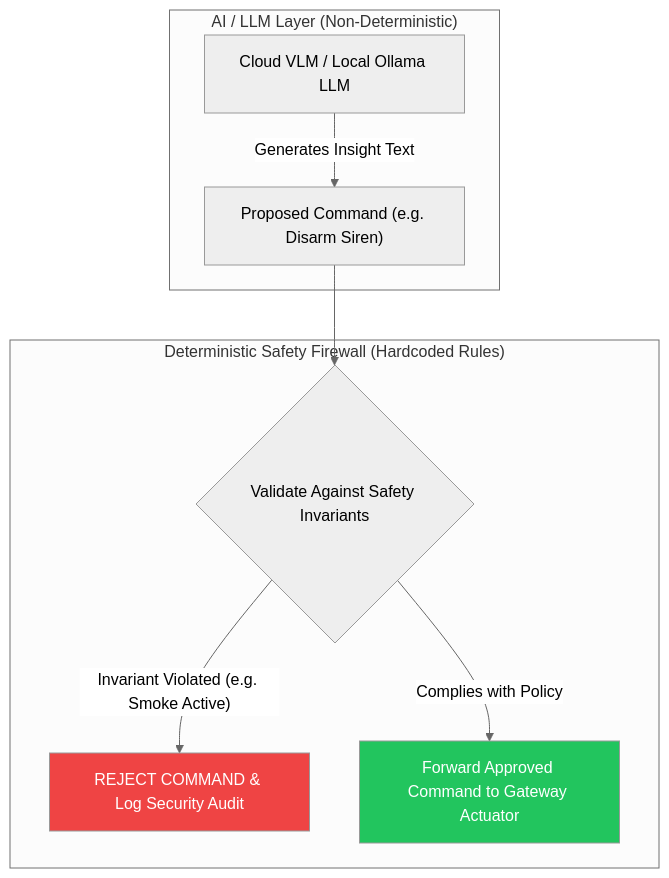
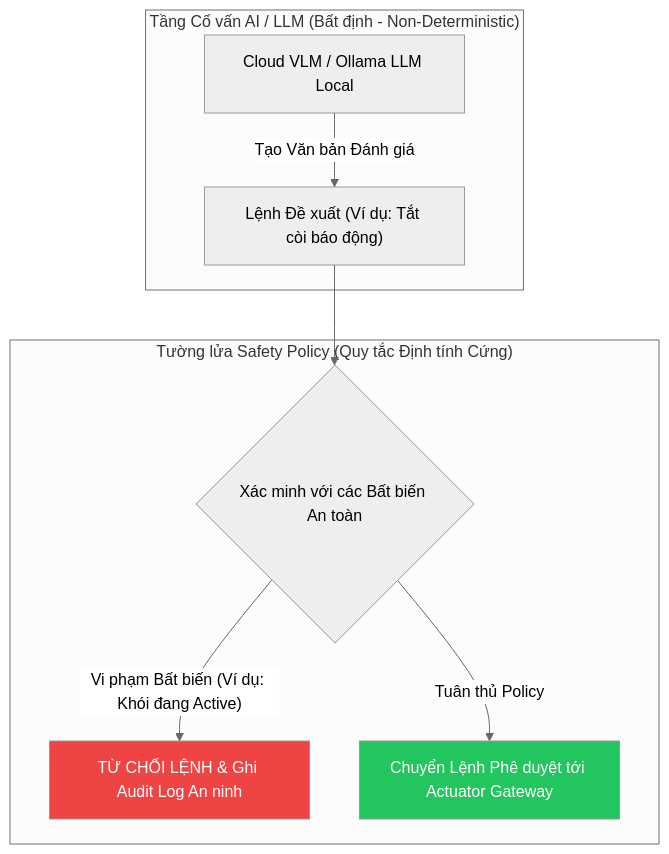
One commit to Eddy-hoang/SAM changed the diagram in docs/12-risk-engine.md. Above: the diagram before and after it, drawn with Mermaid (neutral theme). The commit also changed other lines of this file and 34 other files, not shown here.

````diff
--- a/docs/12-risk-engine.md
+++ b/docs/12-risk-engine.md
@@ -49,15 +49,15 @@
 ```mermaid
 graph TD
-    subgraph AI_Advisory_Layer ["AI / LLM Layer (Non-Deterministic)"]
-        LLM["Cloud VLM / Local Ollama LLM"] -->|Generates Insight Text| SUGGEST["Proposed Command (e.g. Disarm Siren)"]
+    subgraph AI_Advisory_Layer ["Tầng Cố vấn AI / LLM (Bất định - Non-Deterministic)"]
+        LLM["Cloud VLM / Ollama LLM Local"] -->|Tạo Văn bản Đánh giá| SUGGEST["Lệnh Đề xuất (Ví dụ: Tắt còi báo động)"]
     end
 
-    subgraph Deterministic_Risk_Engine ["Deterministic Safety Firewall (Hardcoded Rules)"]
-        SUGGEST --> VAL{"Validate Against Safety Invariants"}
-        VAL -- Invariant Violated (e.g. Smoke Active) --> REJECT["REJECT COMMAND & Log Security Audit"]
-        VAL -- Complies with Policy --> PASS["Forward Approved Command to Gateway Actuator"]
+    subgraph Deterministic_Risk_Engine ["Tường lửa Safety Policy (Quy tắc Định tính Cứng)"]
+        SUGGEST --> VAL{"Xác minh với các Bất biến An toàn"}
+        VAL -- Vi phạm Bất biến (Ví dụ: Khói đang Active) --> REJECT["TỪ CHỐI LỆNH & Ghi Audit Log An ninh"]
+        VAL -- Tuân thủ Policy --> PASS["Chuyển Lệnh Phê duyệt tới Actuator Gateway"]
     end
 
     style REJECT fill:#ef4444,color:#fff
     style PASS fill:#22c55e,color:#fff
 ```
````
